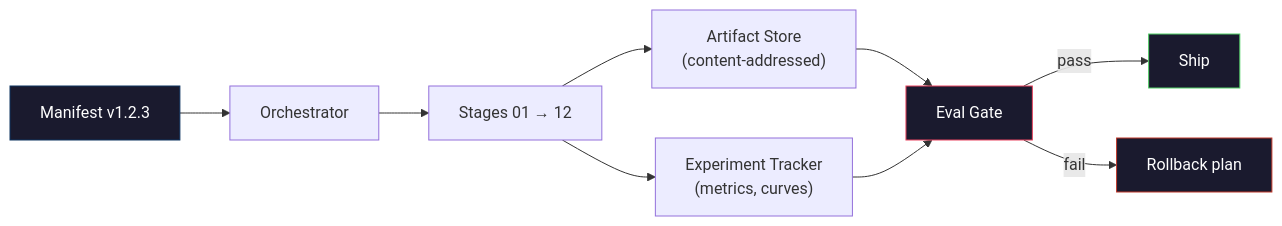
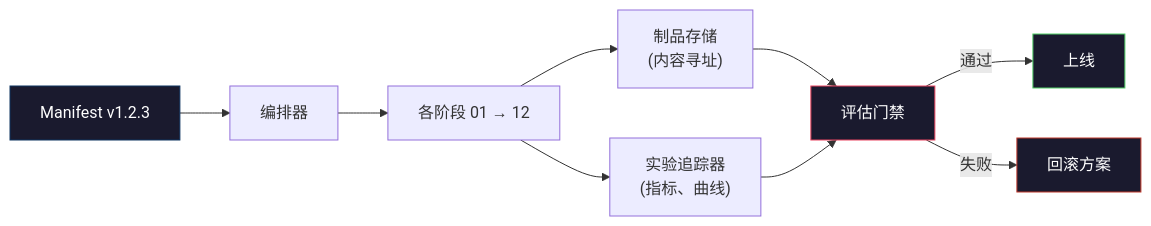
One commit to JerryC8080/ai-engineering-from-scratch-zh changed the second of 2 diagrams in phases/10-llms-from-scratch/13-building-complete-llm-pipeline/docs/zh.md. Above: the diagram before and after it, drawn with Mermaid. The commit also changed other lines of this file and 156 other files, not shown here.

First line of the commit message:
i18n(zh): translate mermaid diagram labels in 157 lesson zh.md

````diff
--- a/phases/10-llms-from-scratch/13-building-complete-llm-pipeline/docs/zh.md
+++ b/phases/10-llms-from-scratch/13-building-complete-llm-pipeline/docs/zh.md
@@ -157,16 +157,16 @@
 ```mermaid
 graph LR
-    M["Manifest v1.2.3"] --> O["Orchestrator"]
-    O --> S["Stages 01 → 12"]
-    S --> AS["Artifact Store\n(content-addressed)"]
-    S --> ET["Experiment Tracker\n(metrics, curves)"]
-    AS --> GATE["Eval Gate"]
+    M["Manifest v1.2.3"] --> O["编排器"]
+    O --> S["各阶段 01 → 12"]
+    S --> AS["制品存储\n(内容寻址)"]
+    S --> ET["实验追踪器\n(指标、曲线)"]
+    AS --> GATE["评估门禁"]
     ET --> GATE
-    GATE -->|pass| SHIP["Ship"]
-    GATE -->|fail| ROLL["Rollback plan"]
+    GATE -->|通过| SHIP["上线"]
+    GATE -->|失败| ROLL["回滚方案"]
 
     style M fill:#1a1a2e,stroke:#0f3460,color:#fff
     style GATE fill:#1a1a2e,stroke:#e94560,color:#fff
     style SHIP fill:#1a1a2e,stroke:#51cf66,color:#fff
     style ROLL fill:#1a1a2e,stroke:#c0392b,color:#fff
 ```
````
